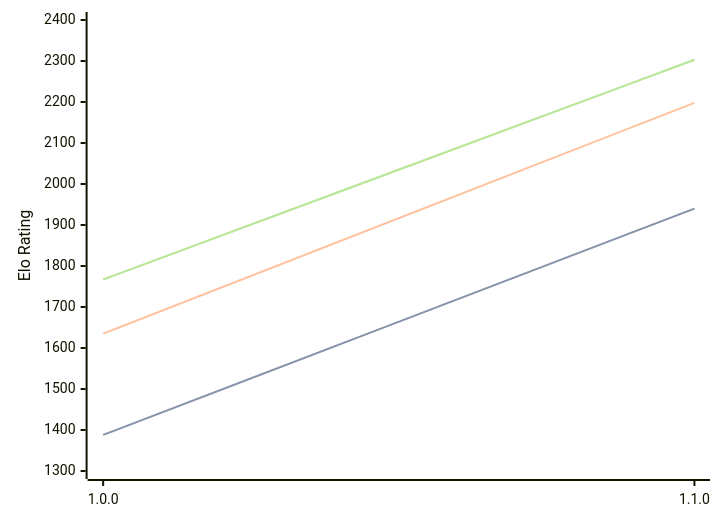
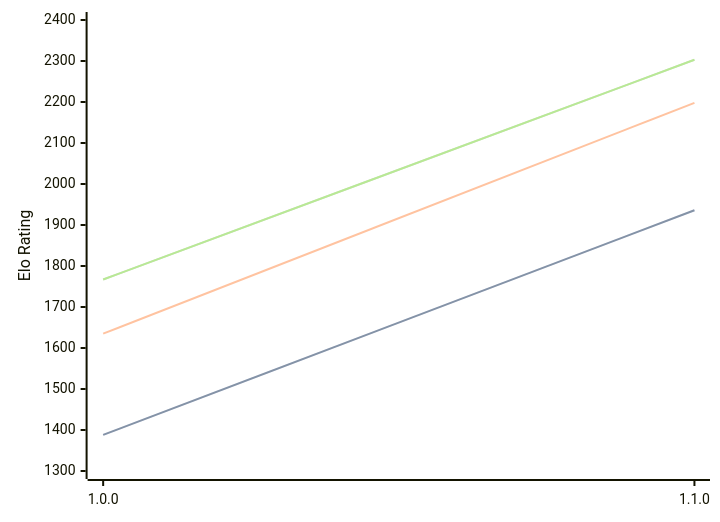
The diagram in engines/Akerbeltz.md (computer-chess-index/cci), drawn with Mermaid before and after one commit. The commit also changed other lines of this file, not shown here.

````diff
--- a/engines/Akerbeltz.md
+++ b/engines/Akerbeltz.md
@@ -32,11 +32,11 @@
 ```mermaid
 %%{init: {"theme":"base","themeVariables":{"seriesColors:['#a3a3a3','#222221','#faa371']}}}%%
 xychart-beta
   x-axis ["1.0.0", "1.1.0"]
   y-axis "Elo Rating" 1300 --> 2400
-  line "" [1388, 1940]
-  line "STC (8.0+0.08s)" [1388, 1940]
+  line "" [1388, 1936]
+  line "STC (8.0+0.08s)" [1388, 1936]
   line "LTC (60.0+0.60s)" [1635, 2198]
   line "" [1767, 2303]
   line "VLTC (2m24s+1.12s)" [1767, 2303]
 ```
````
